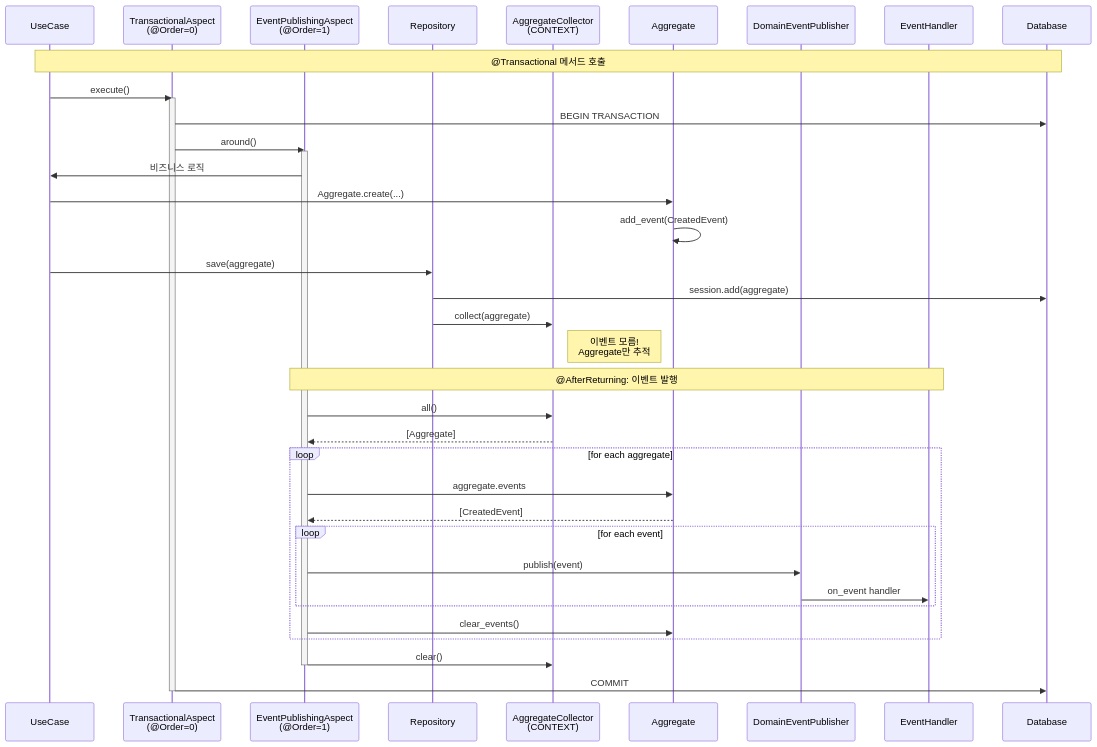
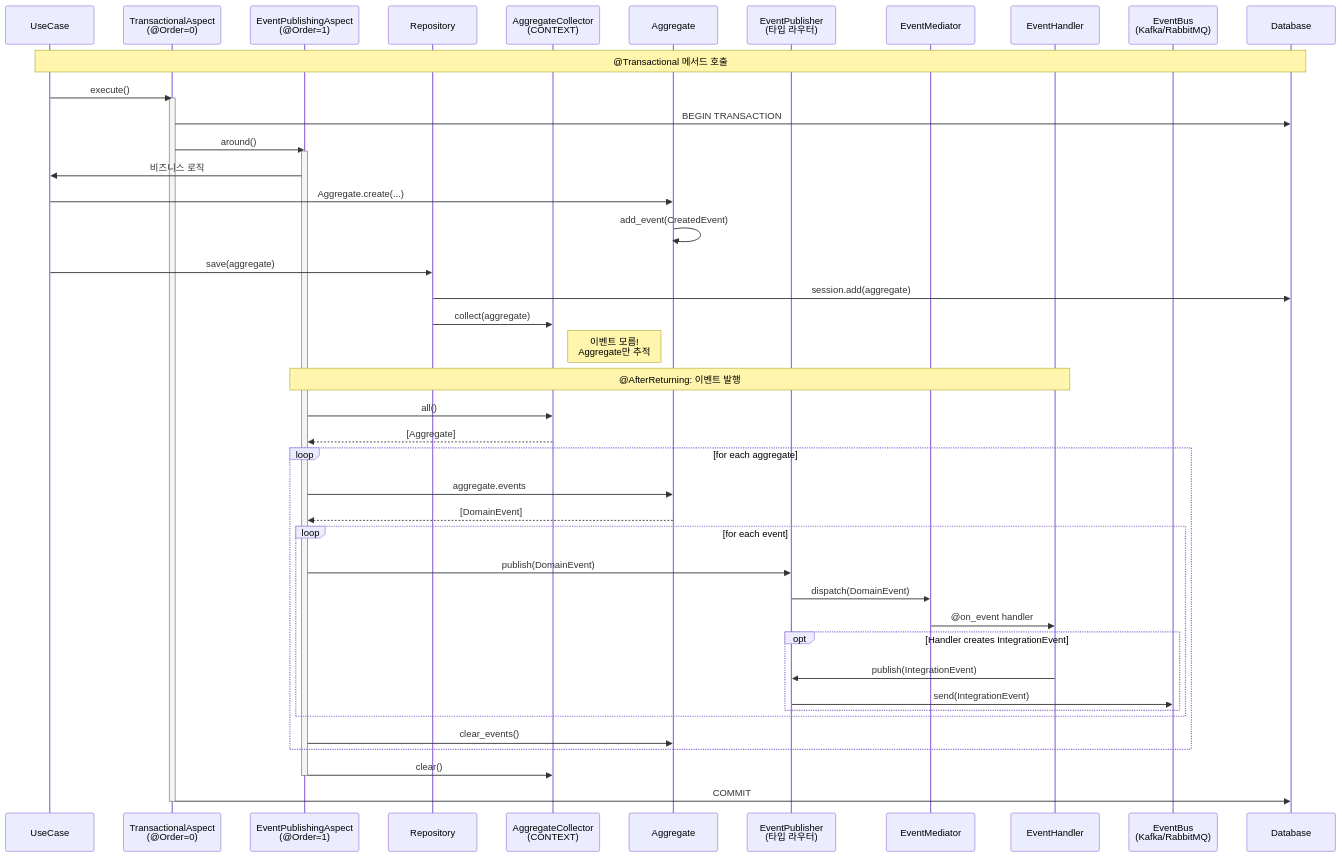
One commit to E5presso/spakky-framework changed the second of 2 diagrams in ARCHITECTURE.md. Above: the diagram before and after it, drawn with Mermaid. The commit also changed other lines of this file and 1 other file, not shown here.

First line of the commit message:
docs: update ARCHITECTURE.md event layer to reflect ADR-0001 redesign

````diff
--- a/ARCHITECTURE.md
+++ b/ARCHITECTURE.md
@@ -587,51 +665,58 @@
 ```mermaid
 sequenceDiagram
     participant S as UseCase
     participant TA as TransactionalAspect<br/>(@Order=0)
     participant EA as EventPublishingAspect<br/>(@Order=1)
     participant R as Repository
     participant C as AggregateCollector<br/>(CONTEXT)
     participant A as Aggregate
-    participant P as DomainEventPublisher
+    participant P as EventPublisher<br/>(타입 라우터)
+    participant M as EventMediator
     participant H as EventHandler
+    participant B as EventBus<br/>(Kafka/RabbitMQ)
     participant DB as Database
 
     Note over S,DB: @Transactional 메서드 호출
 
     S->>TA: execute()
     activate TA
     TA->>DB: BEGIN TRANSACTION
 
     TA->>EA: around()
     activate EA
 
     EA->>S: 비즈니스 로직
     S->>A: Aggregate.create(...)
     A->>A: add_event(CreatedEvent)
 
     S->>R: save(aggregate)
     R->>DB: session.add(aggregate)
     R->>C: collect(aggregate)
     Note right of C: 이벤트 모름!<br/>Aggregate만 추적
 
     Note over EA,H: @AfterReturning: 이벤트 발행
 
     EA->>C: all()
     C-->>EA: [Aggregate]
 
     loop for each aggregate
         EA->>A: aggregate.events
-        A-->>EA: [CreatedEvent]
+        A-->>EA: [DomainEvent]
         loop for each event
-            EA->>P: publish(event)
-            P->>H: on_event handler
+            EA->>P: publish(DomainEvent)
+            P->>M: dispatch(DomainEvent)
+            M->>H: @on_event handler
+            opt Handler creates IntegrationEvent
+                H->>P: publish(IntegrationEvent)
+                P->>B: send(IntegrationEvent)
+            end
         end
         EA->>A: clear_events()
     end
 
     EA->>C: clear()
     deactivate EA
 
     TA->>DB: COMMIT
     deactivate TA
 ```
````
